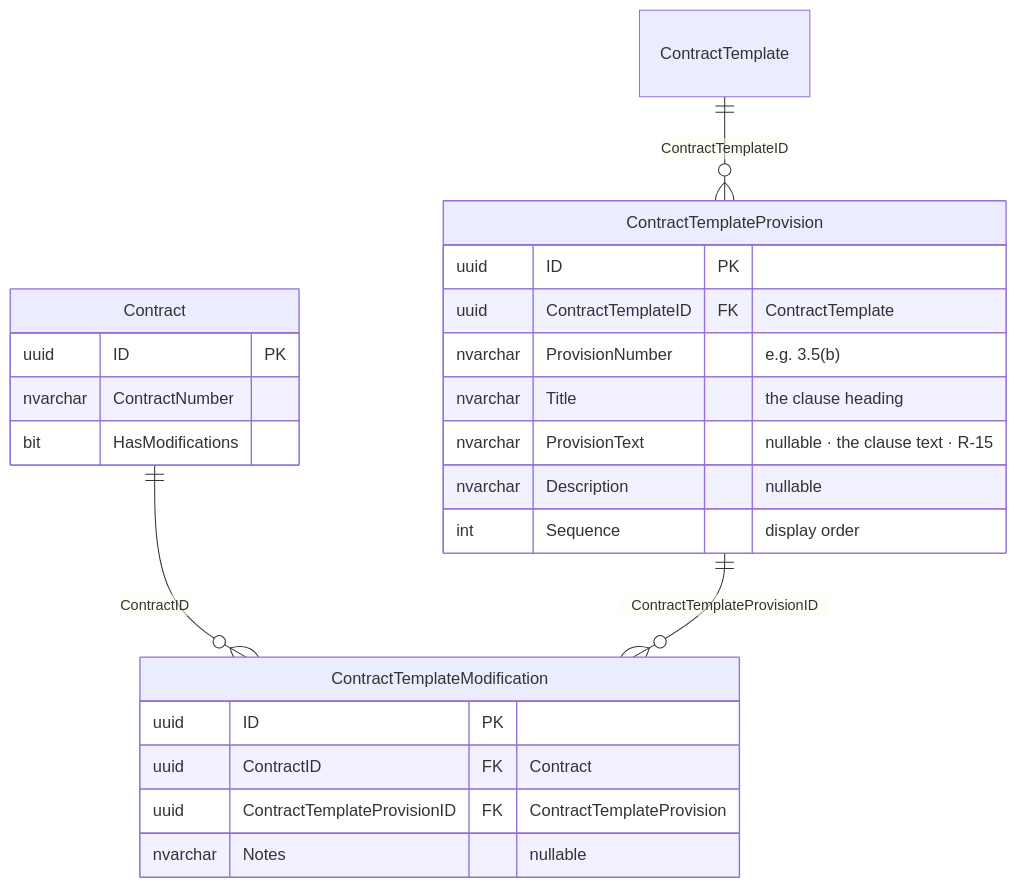
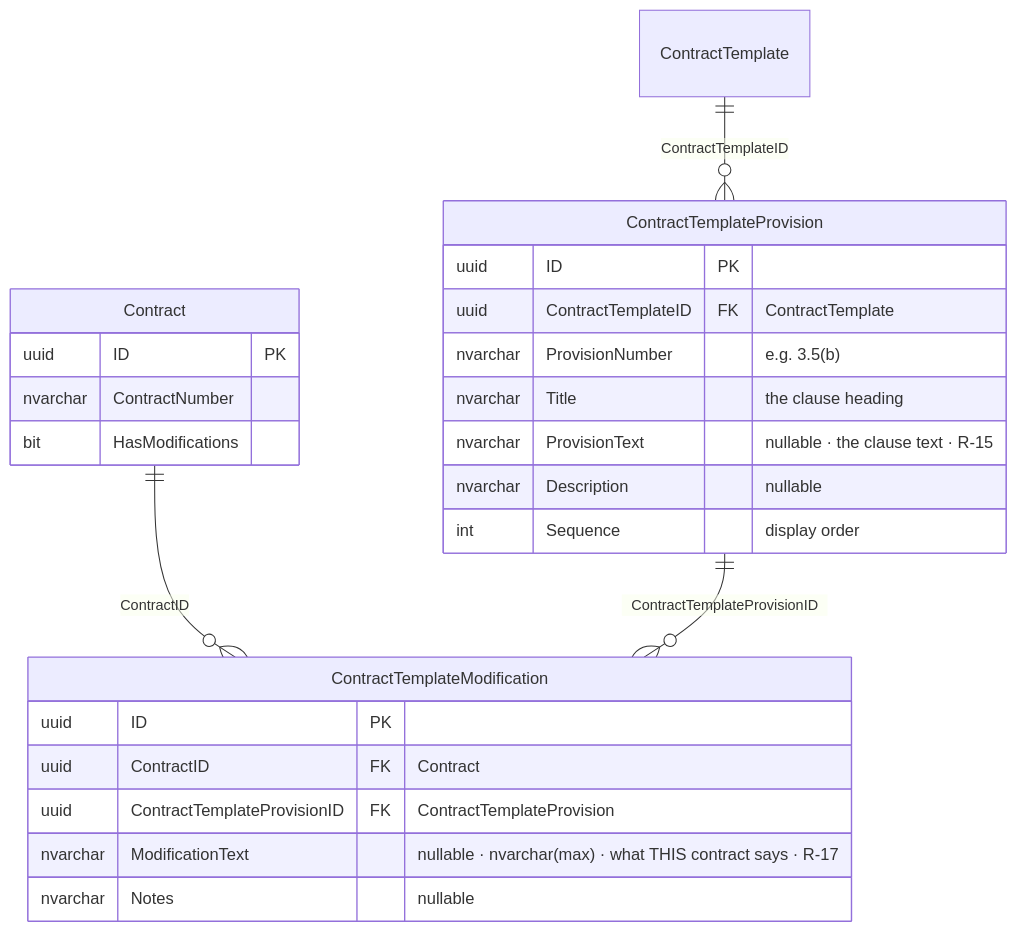
One commit to MemberJunction/bizapps-contracts changed the fifth of 6 diagrams in plans/ERD-planned.md. Above: the diagram before and after it, drawn with Mermaid. The commit also changed other lines of this file and 4 other files, not shown here.

First line of the commit message:
mockups + plan: modification text, the left-nav rail, and a caching engine

````diff
--- a/plans/ERD-planned.md
+++ b/plans/ERD-planned.md
@@ -444,29 +446,30 @@
 ```mermaid
 erDiagram
     ContractTemplate ||--o{ ContractTemplateProvision : "ContractTemplateID"
     Contract ||--o{ ContractTemplateModification : "ContractID"
     ContractTemplateProvision ||--o{ ContractTemplateModification : "ContractTemplateProvisionID"
 
     ContractTemplateProvision {
         uuid ID PK
         uuid ContractTemplateID FK "ContractTemplate"
         nvarchar ProvisionNumber "e.g. 3.5(b)"
         nvarchar Title "the clause heading"
         nvarchar ProvisionText "nullable · the clause text · R-15"
         nvarchar Description "nullable"
         int Sequence "display order"
     }
 
     ContractTemplateModification {
         uuid ID PK
         uuid ContractID FK "Contract"
         uuid ContractTemplateProvisionID FK "ContractTemplateProvision"
+        nvarchar ModificationText "nullable · nvarchar(max) · what THIS contract says · R-17"
         nvarchar Notes "nullable"
     }
 
     Contract {
         uuid ID PK
         nvarchar ContractNumber
         bit HasModifications
     }
 ```
````
